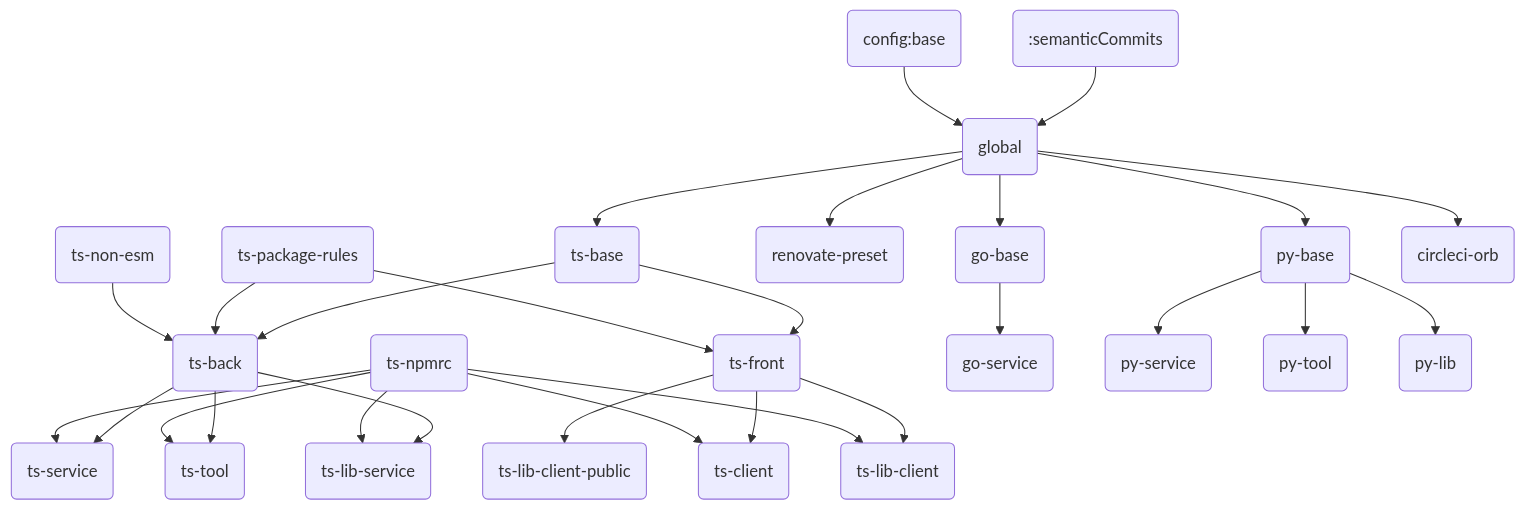
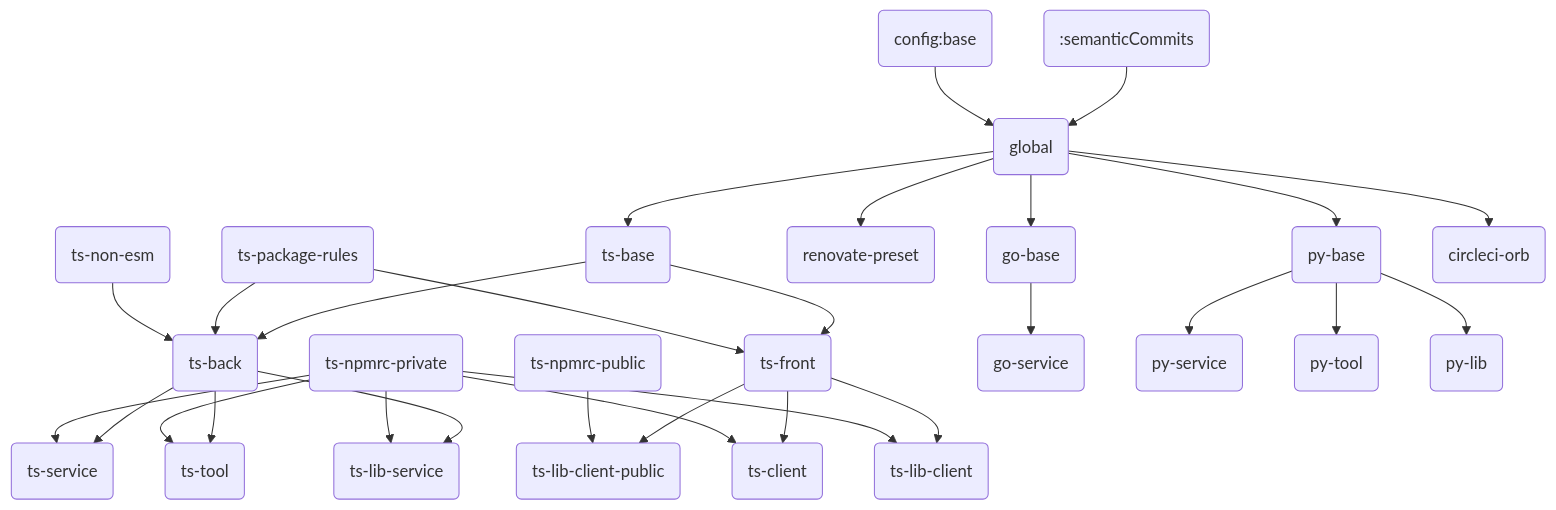
Before and after one commit to habx/devops-repo-shared-configs: the diagram in renovate/README.md, drawn with Mermaid. The commit also changed 8 other files, not shown here.

````diff
--- a/renovate/README.md
+++ b/renovate/README.md
@@ -2,30 +2,31 @@
 ```mermaid
 graph TD;
-ts-npmrc("ts-npmrc") --> ts-service("ts-service")
-ts-npmrc("ts-npmrc") --> ts-client("ts-client")
-ts-npmrc("ts-npmrc") --> ts-tool("ts-tool")
-ts-npmrc("ts-npmrc") --> ts-lib-client("ts-lib-client")
-ts-npmrc("ts-npmrc") --> ts-lib-service("ts-lib-service")
+ts-npmrc-public("ts-npmrc-public") --> ts-lib-client-public("ts-lib-client-public")
+ts-npmrc-private("ts-npmrc-private") --> ts-service("ts-service")
+ts-npmrc-private("ts-npmrc-private") --> ts-client("ts-client")
+ts-npmrc-private("ts-npmrc-private") --> ts-tool("ts-tool")
+ts-npmrc-private("ts-npmrc-private") --> ts-lib-client("ts-lib-client")
+ts-npmrc-private("ts-npmrc-private") --> ts-lib-service("ts-lib-service")
 ts-non-esm("ts-non-esm") --> ts-back("ts-back")
 ts-package-rules("ts-package-rules") --> ts-back("ts-back")
 ts-package-rules("ts-package-rules") --> ts-front("ts-front")
 config:base("config:base") --> global("global")
 :semanticCommits(":semanticCommits") --> global("global")
 global("global") --> ts-base("ts-base")
 global("global") --> renovate-preset("renovate-preset")
 global("global") --> go-base("go-base")
 global("global") --> py-base("py-base")
 global("global") --> circleci-orb("circleci-orb")
 ts-base("ts-base") --> ts-back("ts-back")
 ts-base("ts-base") --> ts-front("ts-front")
 go-base("go-base") --> go-service("go-service")
 py-base("py-base") --> py-service("py-service")
 py-base("py-base") --> py-tool("py-tool")
 py-base("py-base") --> py-lib("py-lib")
 ts-back("ts-back") --> ts-service("ts-service")
 ts-back("ts-back") --> ts-tool("ts-tool")
 ts-back("ts-back") --> ts-lib-service("ts-lib-service")
 ts-front("ts-front") --> ts-lib-client-public("ts-lib-client-public")
 ts-front("ts-front") --> ts-client("ts-client")
 ts-front("ts-front") --> ts-lib-client("ts-lib-client")
 ```
````
